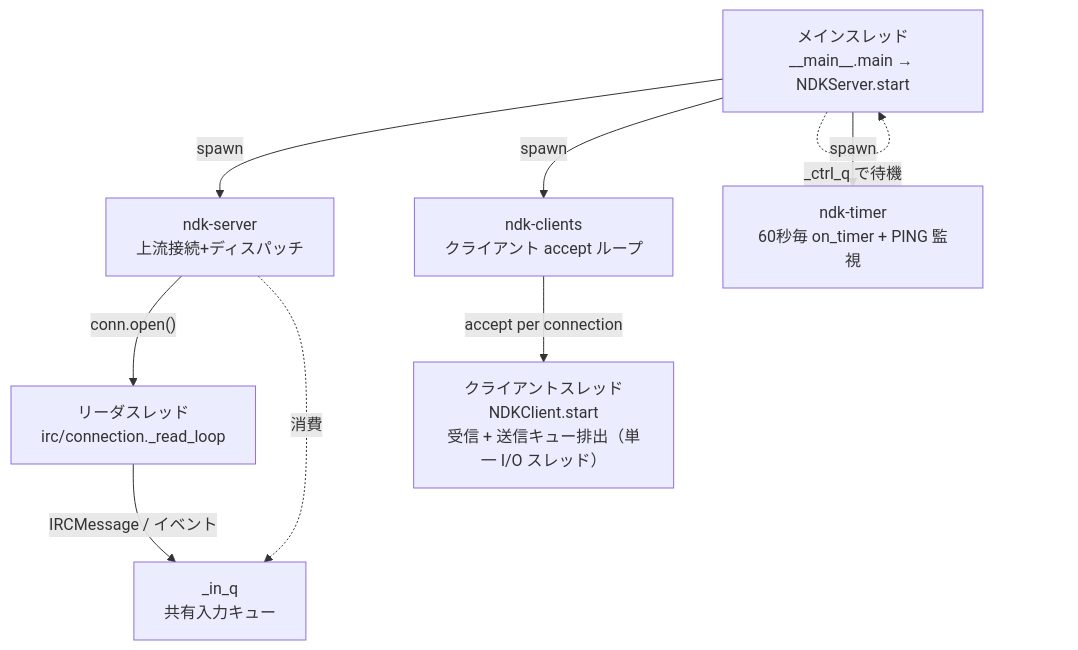
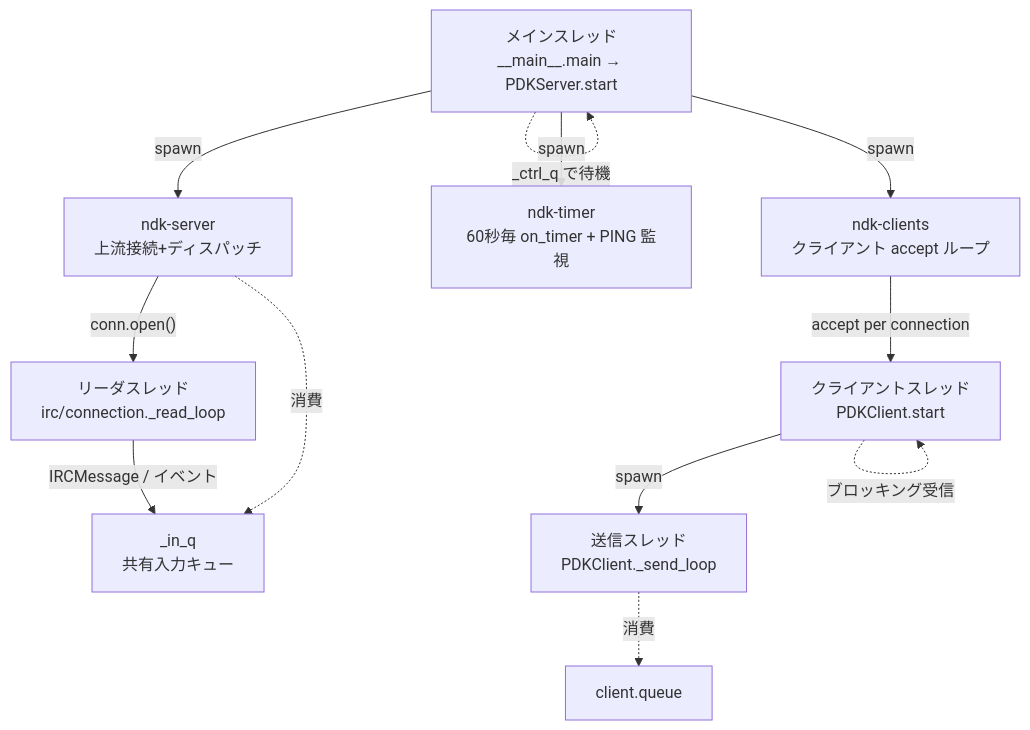
Before and after one commit to ainamori/padoka: the second of 4 diagrams in docs/architecture.md, drawn with Mermaid. The commit also changed other lines of this file and 25 other files, not shown here.

````diff
--- a/docs/architecture.md
+++ b/docs/architecture.md
@@ -168,13 +170,16 @@
 ```mermaid
 graph TD
-    MAIN[メインスレッド<br/>__main__.main → NDKServer.start] -->|spawn| ST1[ndk-server<br/>上流接続+ディスパッチ]
+    MAIN[メインスレッド<br/>__main__.main → PDKServer.start] -->|spawn| ST1[ndk-server<br/>上流接続+ディスパッチ]
     MAIN -->|spawn| ST2[ndk-clients<br/>クライアント accept ループ]
     MAIN -->|spawn| ST3[ndk-timer<br/>60秒毎 on_timer + PING 監視]
     MAIN -.->|_ctrl_q で待機| MAIN
 
     ST1 -->|"conn.open()"| RD[リーダスレッド<br/>irc/connection._read_loop]
     RD -->|IRCMessage / イベント| INQ[_in_q<br/>共有入力キュー]
     ST1 -.->|消費| INQ
 
-    ST2 -->|accept per connection| CLT[クライアントスレッド<br/>NDKClient.start<br/>受信 + 送信キュー排出（単一 I/O スレッド）]
+    ST2 -->|accept per connection| CLT[クライアントスレッド<br/>PDKClient.start]
+    CLT -->|spawn| CLTSEND[送信スレッド<br/>PDKClient._send_loop]
+    CLTSEND -.->|消費| CQ[client.queue]
+    CLT -.->|ブロッキング受信| CLT
 ```
````
